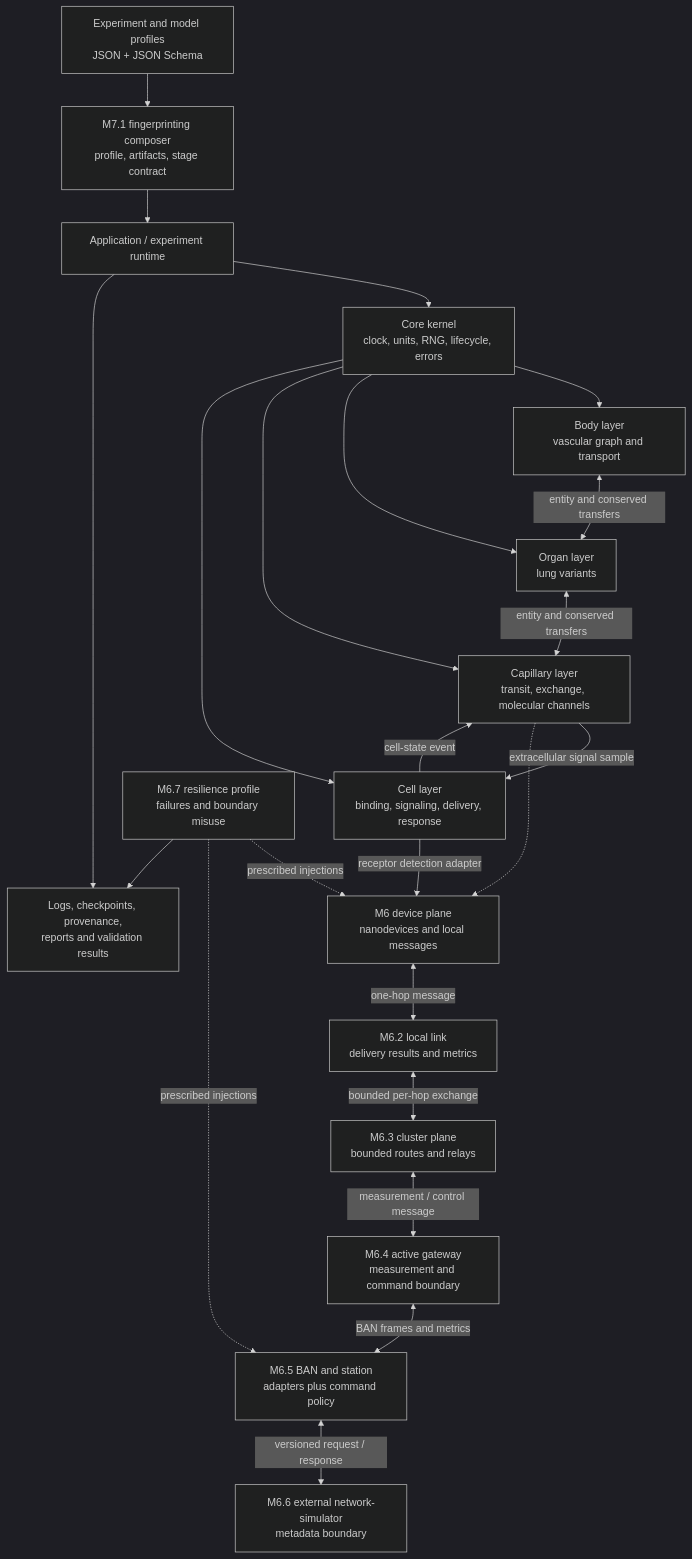
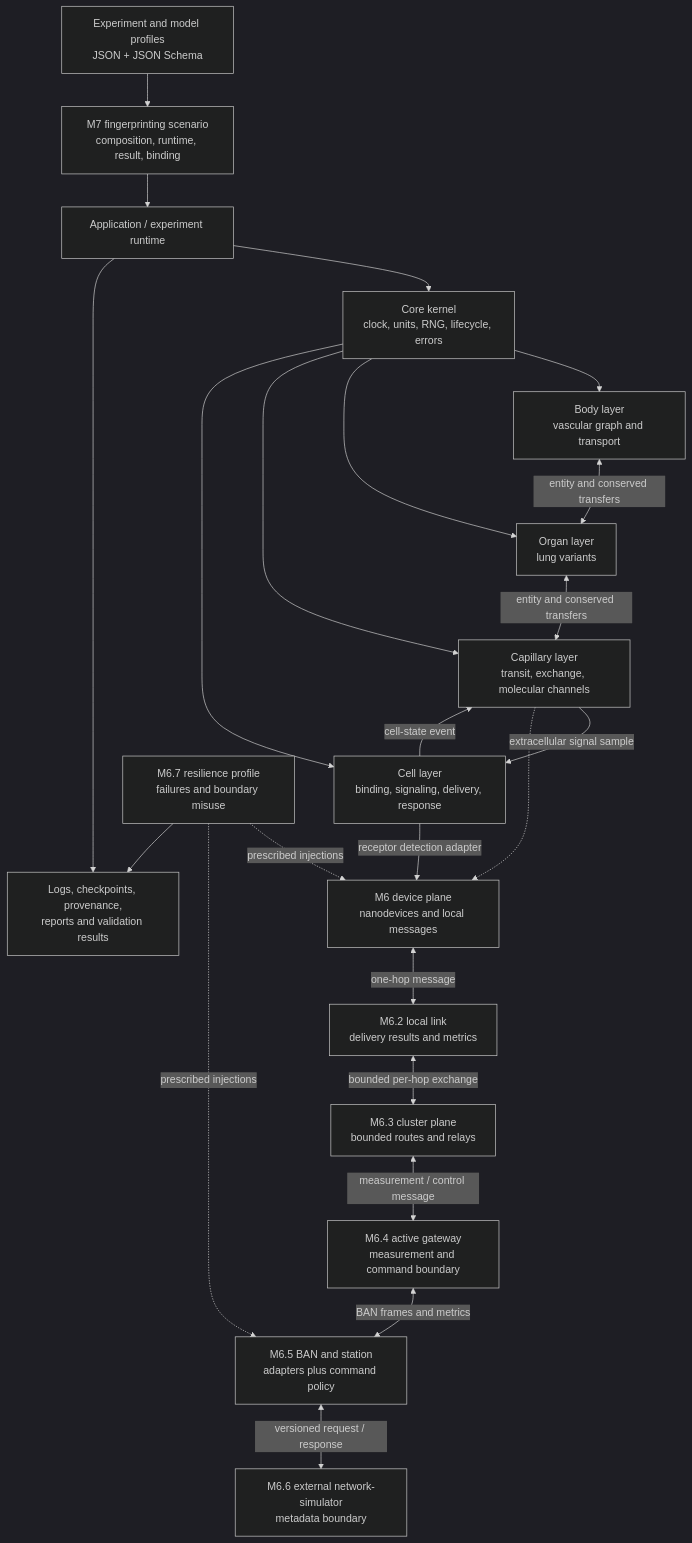
The first of 2 diagrams in docs/architecture/SOFTWARE_ARCHITECTURE.md (RegineWendt/MEHLISSA), drawn with Mermaid (dark theme) before and after one commit. The commit also changed other lines of this file and 15 other files, not shown here.

````diff
--- a/docs/architecture/SOFTWARE_ARCHITECTURE.md
+++ b/docs/architecture/SOFTWARE_ARCHITECTURE.md
@@ -35,42 +35,42 @@
 ```mermaid
 flowchart TB
     Manifest[Experiment and model profiles<br/>JSON + JSON Schema]
     Runner[Application / experiment runtime]
-    Composer[M7.1 fingerprinting composer<br/>profile, artifacts, stage contract]
+    Composer[M7 fingerprinting scenario<br/>composition, runtime, result, binding]
     Kernel[Core kernel<br/>clock, units, RNG, lifecycle, errors]
     Body[Body layer<br/>vascular graph and transport]
     Organ[Organ layer<br/>lung variants]
     Capillary[Capillary layer<br/>transit, exchange, molecular channels]
     Cell[Cell layer<br/>binding, signaling, delivery, response]
     IoT[M6 device plane<br/>nanodevices and local messages]
     LocalLink[M6.2 local link<br/>delivery results and metrics]
     Cluster[M6.3 cluster plane<br/>bounded routes and relays]
     Gateway[M6.4 active gateway<br/>measurement and command boundary]
     External[M6.5 BAN and station<br/>adapters plus command policy]
     NetworkSim[M6.6 external network-simulator<br/>metadata boundary]
     Resilience[M6.7 resilience profile<br/>failures and boundary misuse]
     Evidence[Logs, checkpoints, provenance,<br/>reports and validation results]
 
     Manifest --> Composer
     Composer --> Runner
     Runner --> Kernel
     Kernel --> Body
     Kernel --> Organ
     Kernel --> Capillary
     Kernel --> Cell
     Body <-->|entity and conserved transfers| Organ
     Organ <-->|entity and conserved transfers| Capillary
     Capillary -->|extracellular signal sample| Cell
     Cell -->|cell-state event| Capillary
     Capillary -.-> IoT
     Cell -->|receptor detection adapter| IoT
     IoT <-->|one-hop message| LocalLink
     LocalLink <-->|bounded per-hop exchange| Cluster
     Cluster <-->|measurement / control message| Gateway
     Gateway <-->|BAN frames and metrics| External
     External <-->|versioned request / response| NetworkSim
     Resilience -.->|prescribed injections| IoT
     Resilience -.->|prescribed injections| External
     Resilience --> Evidence
     Runner --> Evidence
 ```
````
